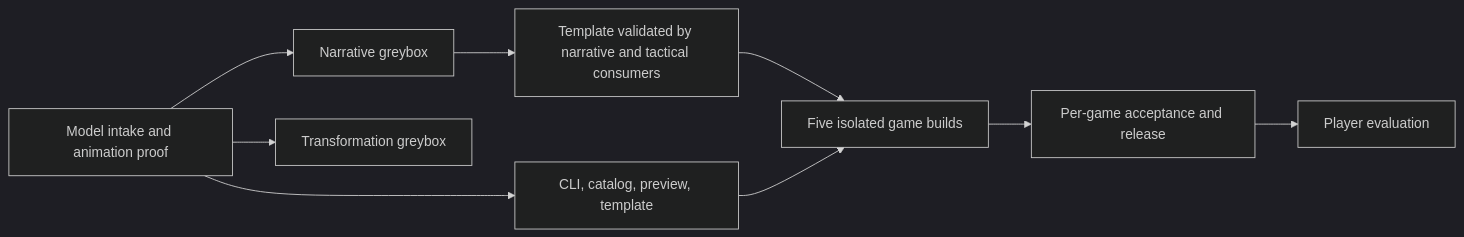
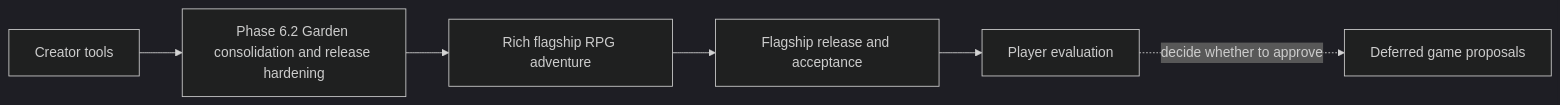
One commit to hmmftg/game-kids-turn-based-rpg changed the diagram in docs/PRODUCT-RELEASE-ROADMAP.md. Above: the diagram before and after it, drawn with Mermaid (dark theme). The commit also changed other lines of this file and 21 other files, not shown here.

Commit message:
docs(samples): make Garden the flagship reference game

````diff
--- a/docs/PRODUCT-RELEASE-ROADMAP.md
+++ b/docs/PRODUCT-RELEASE-ROADMAP.md
@@ -46,11 +83,8 @@
 ```mermaid
 flowchart LR
-  P5[Model intake and animation proof] --> P6[CLI, catalog, preview, template]
-  P5 --> N[Narrative greybox]
-  P5 --> X[Transformation greybox]
-  N --> T[Template validated by narrative and tactical consumers]
-  T --> G[Five isolated game builds]
-  P6 --> G
-  G --> R[Per-game acceptance and release]
-  R --> E[Player evaluation]
+  P6[Creator tools] --> P62[Phase 6.2 Garden consolidation and release hardening]
+  P62 --> P7[Rich flagship RPG adventure]
+  P7 --> P8[Flagship release and acceptance]
+  P8 --> P9[Player evaluation]
+  P9 -. decide whether to approve .-> D[Deferred game proposals]
 ```
````
